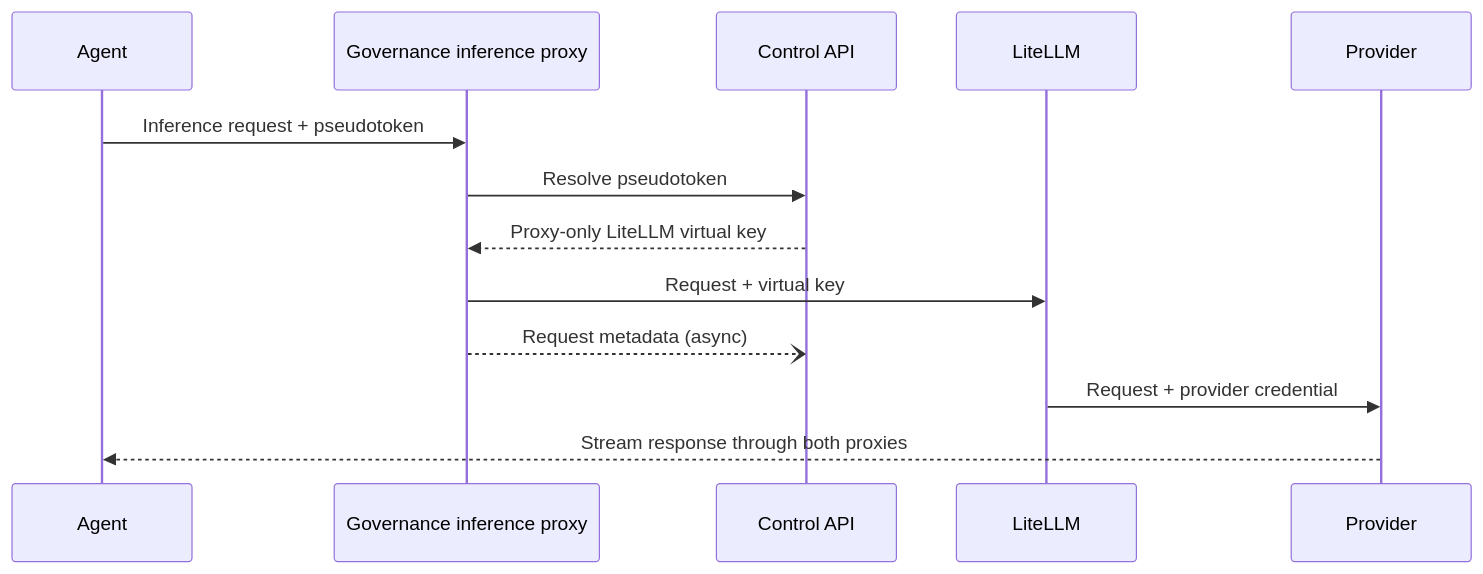
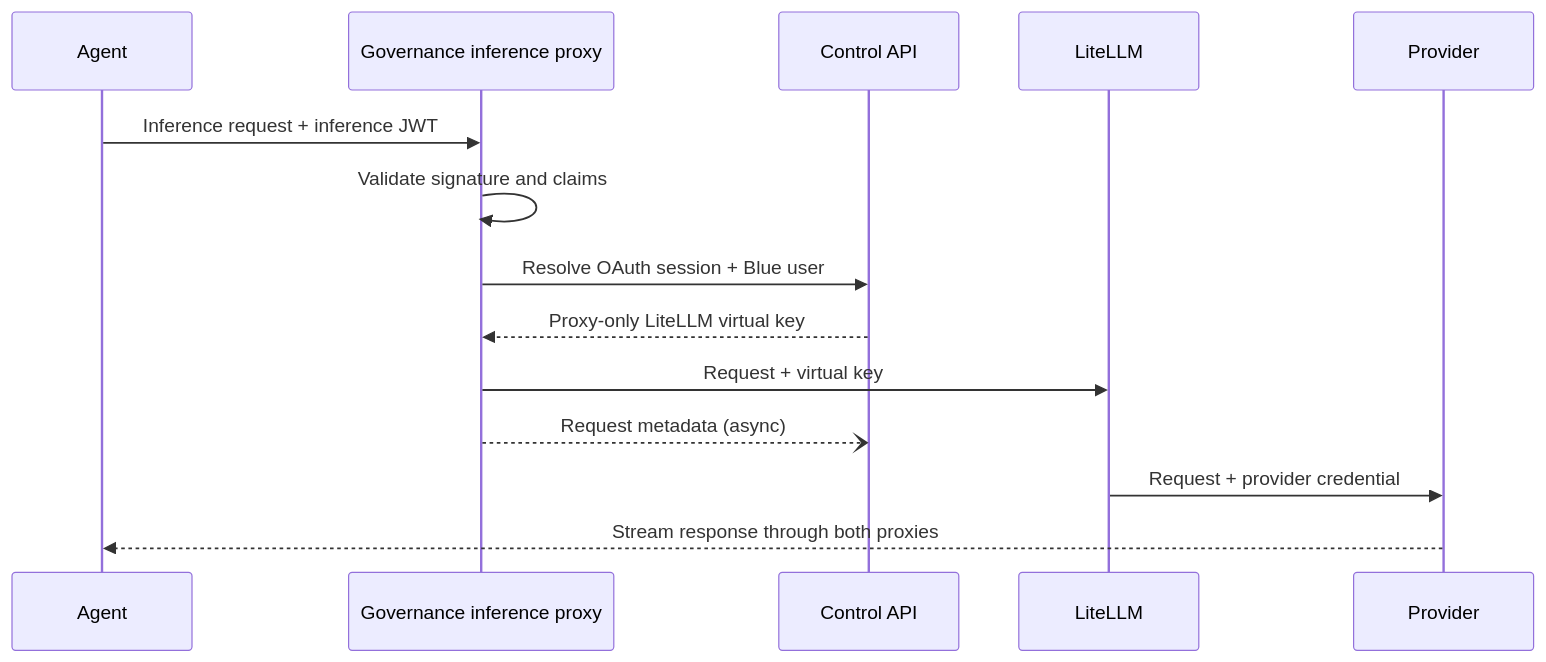
The diagram in apps/docs/next/concepts/gateway-mode.mdx (BlocksOrg/blue), drawn with Mermaid before and after one commit. The commit also changed other lines of this file and 17 other files, not shown here.

Commit message:
docs(gateway): document session-bound inference auth

````diff
--- a/apps/docs/next/concepts/gateway-mode.mdx
+++ b/apps/docs/next/concepts/gateway-mode.mdx
@@ -23,15 +23,16 @@
 ```mermaid
 sequenceDiagram
   participant Agent
   participant Proxy as Governance inference proxy
   participant API as Control API
   participant LiteLLM
   participant Provider
-  Agent->>Proxy: Inference request + pseudotoken
-  Proxy->>API: Resolve pseudotoken
+  Agent->>Proxy: Inference request + inference JWT
+  Proxy->>Proxy: Validate signature and claims
+  Proxy->>API: Resolve OAuth session + Blue user
   API-->>Proxy: Proxy-only LiteLLM virtual key
   Proxy->>LiteLLM: Request + virtual key
   Proxy--)API: Request metadata (async)
   LiteLLM->>Provider: Request + provider credential
   Provider-->>Agent: Stream response through both proxies
 ```
````
